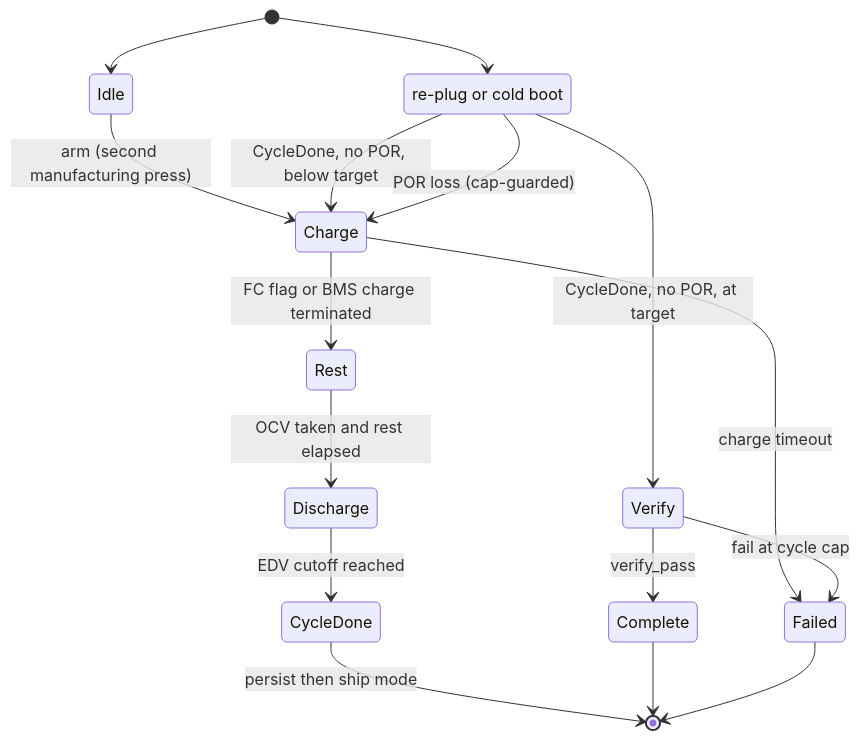
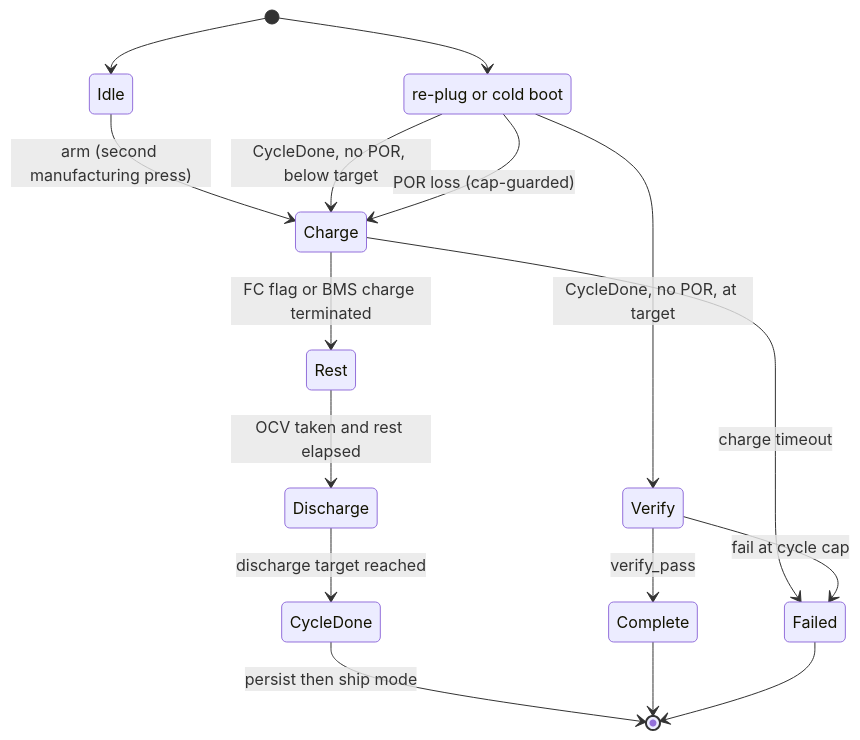
One commit to Open-Air-Foundation/firmware-core changed the first of 3 diagrams in products/go/docs/fg_learning.md. Above: the diagram before and after it, drawn with Mermaid. The commit also changed other lines of this file and 14 other files, not shown here.

````diff
--- a/products/go/docs/fg_learning.md
+++ b/products/go/docs/fg_learning.md
@@ -101,21 +101,21 @@
 ```mermaid
 stateDiagram-v2
     [*] --> Idle
     Idle --> Charge: arm (second manufacturing press)
     Charge --> Rest: FC flag or BMS charge terminated
     Charge --> Failed: charge timeout
     Rest --> Discharge: OCV taken and rest elapsed
-    Discharge --> CycleDone: EDV cutoff reached
+    Discharge --> CycleDone: discharge target reached
     CycleDone --> [*]: persist then ship mode
 
     state "re-plug or cold boot" as Boot
     [*] --> Boot
     Boot --> Charge: CycleDone, no POR, below target
     Boot --> Verify: CycleDone, no POR, at target
     Boot --> Charge: POR loss (cap-guarded)
 
     Verify --> Complete: verify_pass
     Verify --> Failed: fail at cycle cap
     Complete --> [*]
     Failed --> [*]
 ```
````
